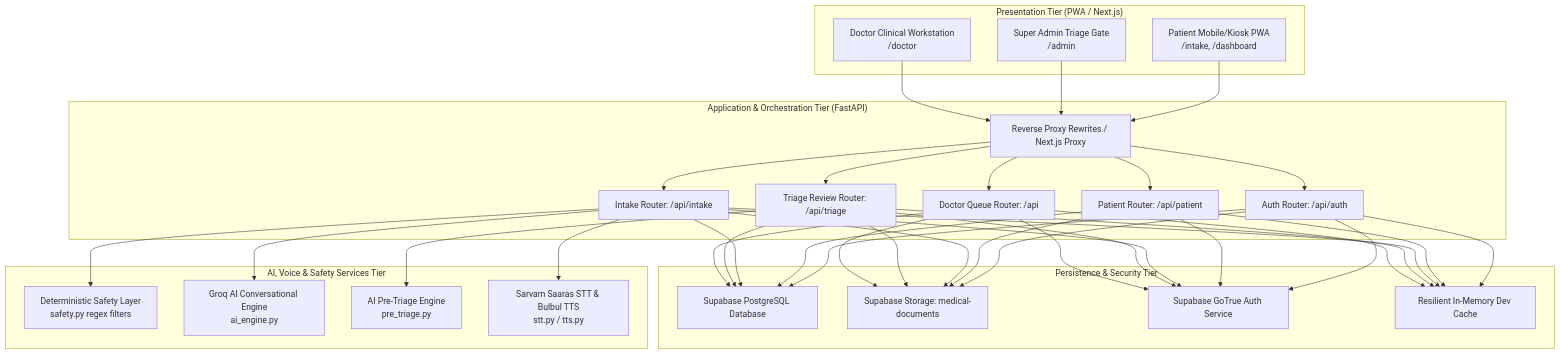
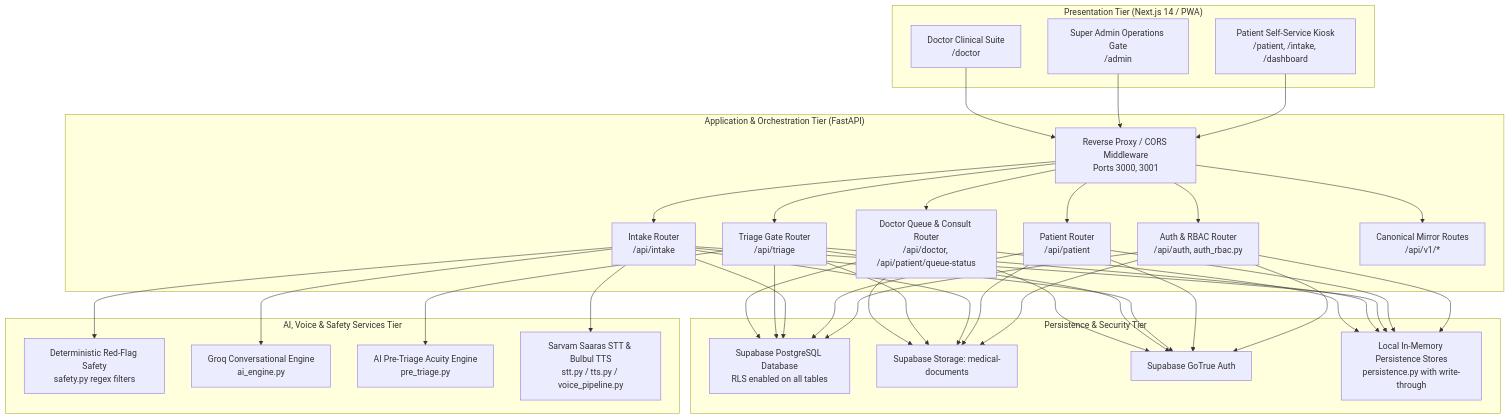
The first of 2 diagrams in docs/architecture.md (DakshChaudhary2668/MediKiosk), drawn with Mermaid before and after one commit. The commit also changed other lines of this file and 33 other files, not shown here.

Commit message:
feat: backend contracts alignment, P0 auto-escalation, RBAC, kiosk auth, and technical documentation suite

````diff
--- a/docs/architecture.md
+++ b/docs/architecture.md
@@ -7,36 +7,37 @@
 ```mermaid
 graph TB
-    subgraph ClientLayer["Presentation Tier (PWA / Next.js)"]
-        A1[Patient Mobile/Kiosk PWA<br/>/intake, /dashboard]
-        A2[Super Admin Triage Gate<br/>/admin]
-        A3[Doctor Clinical Workstation<br/>/doctor]
+    subgraph ClientLayer["Presentation Tier (Next.js 14 / PWA)"]
+        A1[Patient Self-Service Kiosk<br/>/patient, /intake, /dashboard]
+        A2[Super Admin Operations Gate<br/>/admin]
+        A3[Doctor Clinical Suite<br/>/doctor]
     end
 
     subgraph APILayer["Application & Orchestration Tier (FastAPI)"]
-        B1[Reverse Proxy Rewrites / Next.js Proxy]
-        B2[Auth Router: /api/auth]
-        B3[Patient Router: /api/patient]
-        B4[Intake Router: /api/intake]
-        B5[Triage Review Router: /api/triage]
-        B6[Doctor Queue Router: /api]
+        B1[Reverse Proxy / CORS Middleware<br/>Ports 3000, 3001]
+        B2[Auth & RBAC Router<br/>/api/auth, auth_rbac.py]
+        B3[Patient Router<br/>/api/patient]
+        B4[Intake Router<br/>/api/intake]
+        B5[Triage Gate Router<br/>/api/triage]
+        B6[Doctor Queue & Consult Router<br/>/api/doctor, /api/patient/queue-status]
+        B7[Canonical Mirror Routes<br/>/api/v1/*]
     end
 
     subgraph AISafety["AI, Voice & Safety Services Tier"]
-        C1[Deterministic Safety Layer<br/>safety.py regex filters]
-        C2[Groq AI Conversational Engine<br/>ai_engine.py]
-        C3[AI Pre-Triage Engine<br/>pre_triage.py]
-        C4[Sarvam Saaras STT & Bulbul TTS<br/>stt.py / tts.py]
+        C1[Deterministic Red-Flag Safety<br/>safety.py regex filters]
+        C2[Groq Conversational Engine<br/>ai_engine.py]
+        C3[AI Pre-Triage Acuity Engine<br/>pre_triage.py]
+        C4[Sarvam Saaras STT & Bulbul TTS<br/>stt.py / tts.py / voice_pipeline.py]
     end
 
     subgraph DataTier["Persistence & Security Tier"]
-        D1[Supabase PostgreSQL Database]
+        D1[Supabase PostgreSQL Database<br/>RLS enabled on all tables]
         D2[Supabase Storage: medical-documents]
-        D3[Supabase GoTrue Auth Service]
-        D4[Resilient In-Memory Dev Cache]
+        D3[Supabase GoTrue Auth]
+        D4[Local In-Memory Persistence Stores<br/>persistence.py with write-through]
     end
 
-    A1 & A2 & A3 --> B1 --> B2 & B3 & B4 & B5 & B6
+    A1 & A2 & A3 --> B1 --> B2 & B3 & B4 & B5 & B6 & B7
     B4 --> C1 & C2 & C4
     B5 --> C3
     B2 & B3 & B4 & B5 & B6 --> D1 & D2 & D3 & D4
 ```
````
